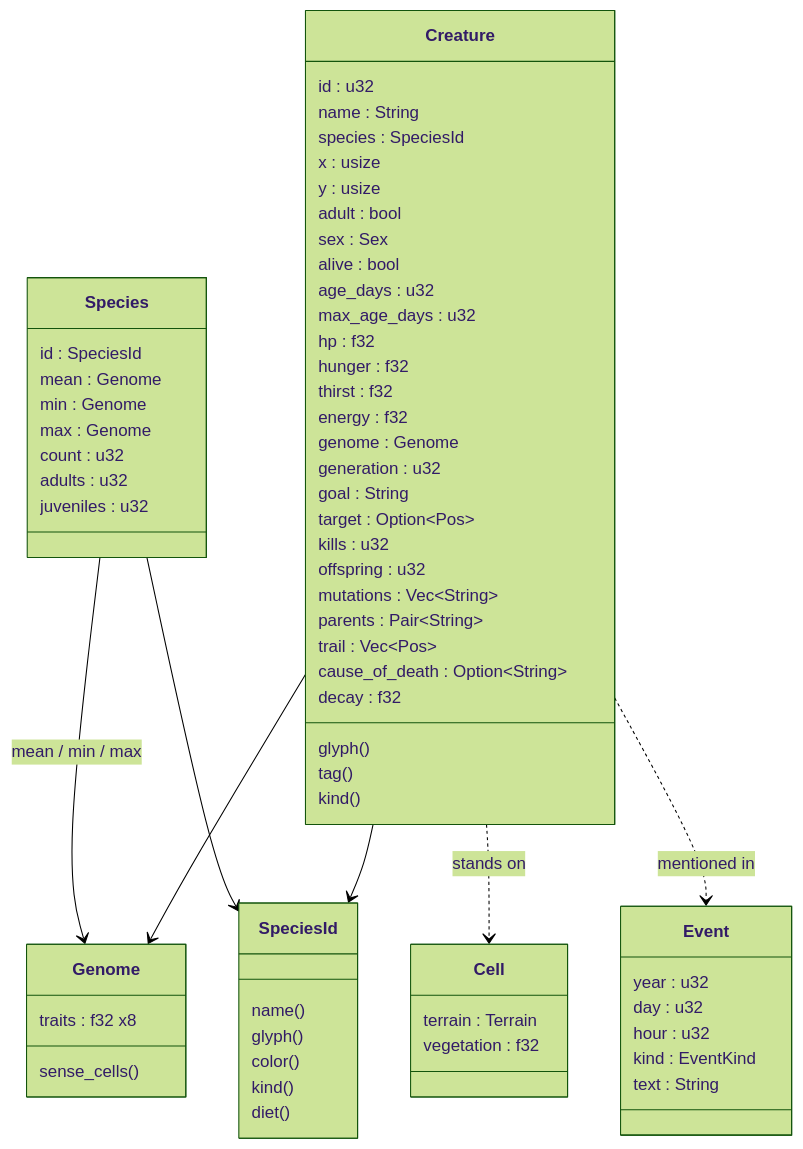
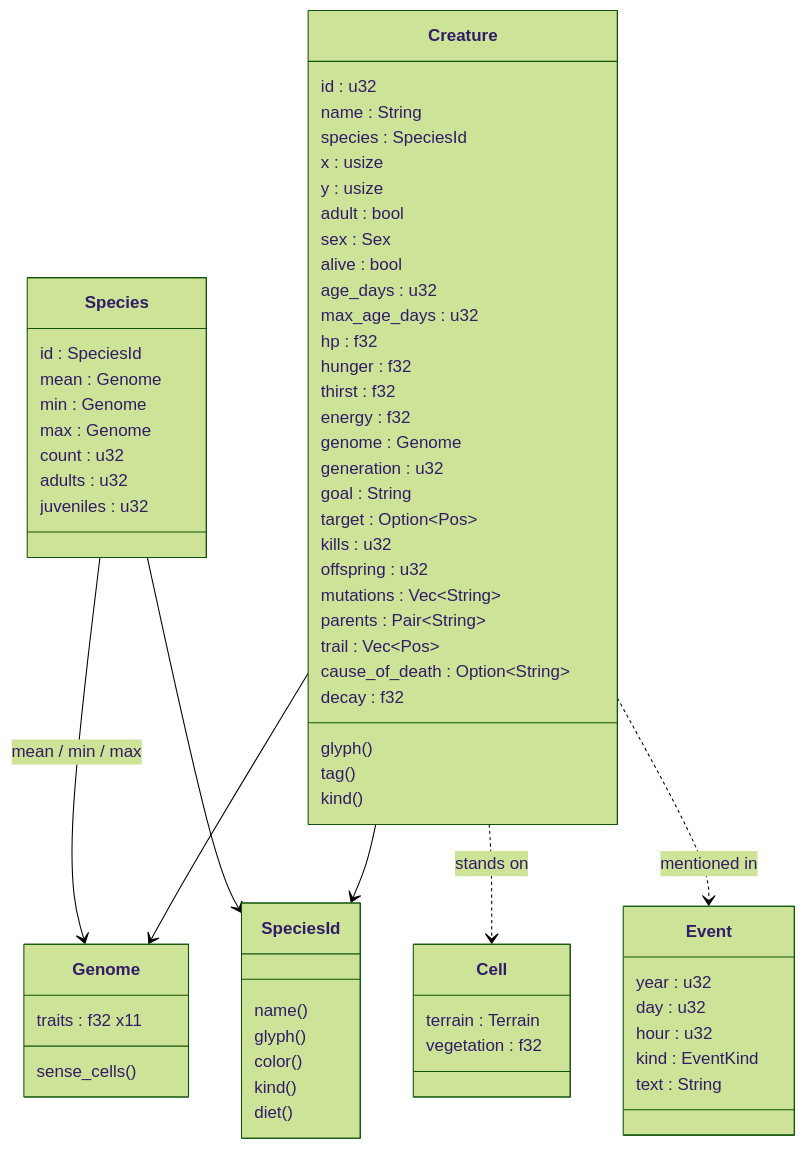
Before and after one commit to sbayer55/sim-fortress: the second of 2 diagrams in docs/screens/s03-creature-inspector.md, drawn with Mermaid (forest theme). The commit also changed other lines of this file and 29 other files, not shown here.

````diff
--- a/docs/screens/s03-creature-inspector.md
+++ b/docs/screens/s03-creature-inspector.md
@@ -79,70 +79,70 @@
 ```mermaid
 classDiagram
     class Creature {
         id : u32
         name : String
         species : SpeciesId
         x : usize
         y : usize
         adult : bool
         sex : Sex
         alive : bool
         age_days : u32
         max_age_days : u32
         hp : f32
         hunger : f32
         thirst : f32
         energy : f32
         genome : Genome
         generation : u32
         goal : String
         target : Option~Pos~
         kills : u32
         offspring : u32
         mutations : Vec~String~
         parents : Pair~String~
         trail : Vec~Pos~
         cause_of_death : Option~String~
         decay : f32
         glyph()
         tag()
         kind()
     }
     class Genome {
-        traits : f32 x8
+        traits : f32 x11
         sense_cells()
     }
     class Species {
         id : SpeciesId
         mean : Genome
         min : Genome
         max : Genome
         count : u32
         adults : u32
         juveniles : u32
     }
     class SpeciesId {
         name()
         glyph()
         color()
         kind()
         diet()
     }
     class Cell {
         terrain : Terrain
         vegetation : f32
     }
     class Event {
         year : u32
         day : u32
         hour : u32
         kind : EventKind
         text : String
     }
     Creature --> Genome
     Creature --> SpeciesId
     Species --> SpeciesId
     Species --> Genome : mean / min / max
     Creature ..> Cell : stands on
     Creature ..> Event : mentioned in
 ```
````
